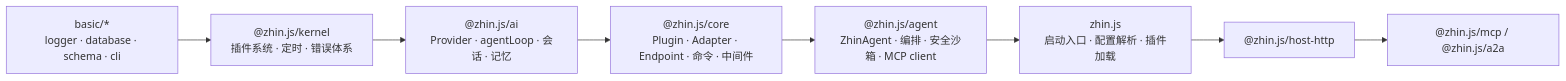
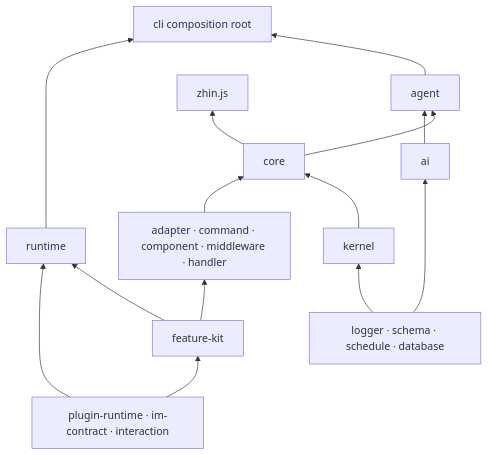
The diagram in docs/contributing/repo-structure.md (zhinjs/zhin), drawn with Mermaid before and after one commit. The commit also changed other lines of this file and 48 other files, not shown here.

````diff
--- a/docs/contributing/repo-structure.md
+++ b/docs/contributing/repo-structure.md
@@ -38,10 +38,16 @@
 ```mermaid
-flowchart LR
-  basic["basic/*<br/>logger · database · schema · cli"] --> kernel["@zhin.js/kernel<br/>插件系统 · 定时 · 错误体系"]
-  kernel --> ai["@zhin.js/ai<br/>Provider · agentLoop · 会话 · 记忆"]
-  ai --> core["@zhin.js/core<br/>Plugin · Adapter · Endpoint · 命令 · 中间件"]
-  core --> agent["@zhin.js/agent<br/>ZhinAgent · 编排 · 安全沙箱 · MCP client"]
-  agent --> zhin["zhin.js<br/>启动入口 · 配置解析 · 插件加载"]
-  zhin --> hostHttp["@zhin.js/host-http"]
-  hostHttp --> hostMcp["@zhin.js/mcp / @zhin.js/a2a"]
+flowchart BT
+  contract["plugin-runtime · im-contract · interaction"] --> featureKit["feature-kit"]
+  featureKit --> features["adapter · command · component · middleware · handler"]
+  features --> core["core"]
+  basic["logger · schema · schedule · database"] --> kernel["kernel"]
+  kernel --> core
+  basic --> ai["ai"]
+  ai --> agent["agent"]
+  core --> agent
+  core --> zhin["zhin.js"]
+  contract --> runtime["runtime"]
+  featureKit --> runtime
+  runtime --> cli["cli composition root"]
+  agent --> cli
 ```
````
